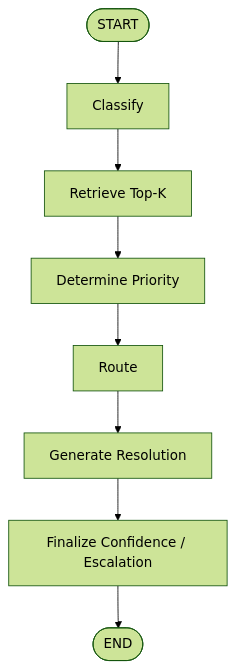
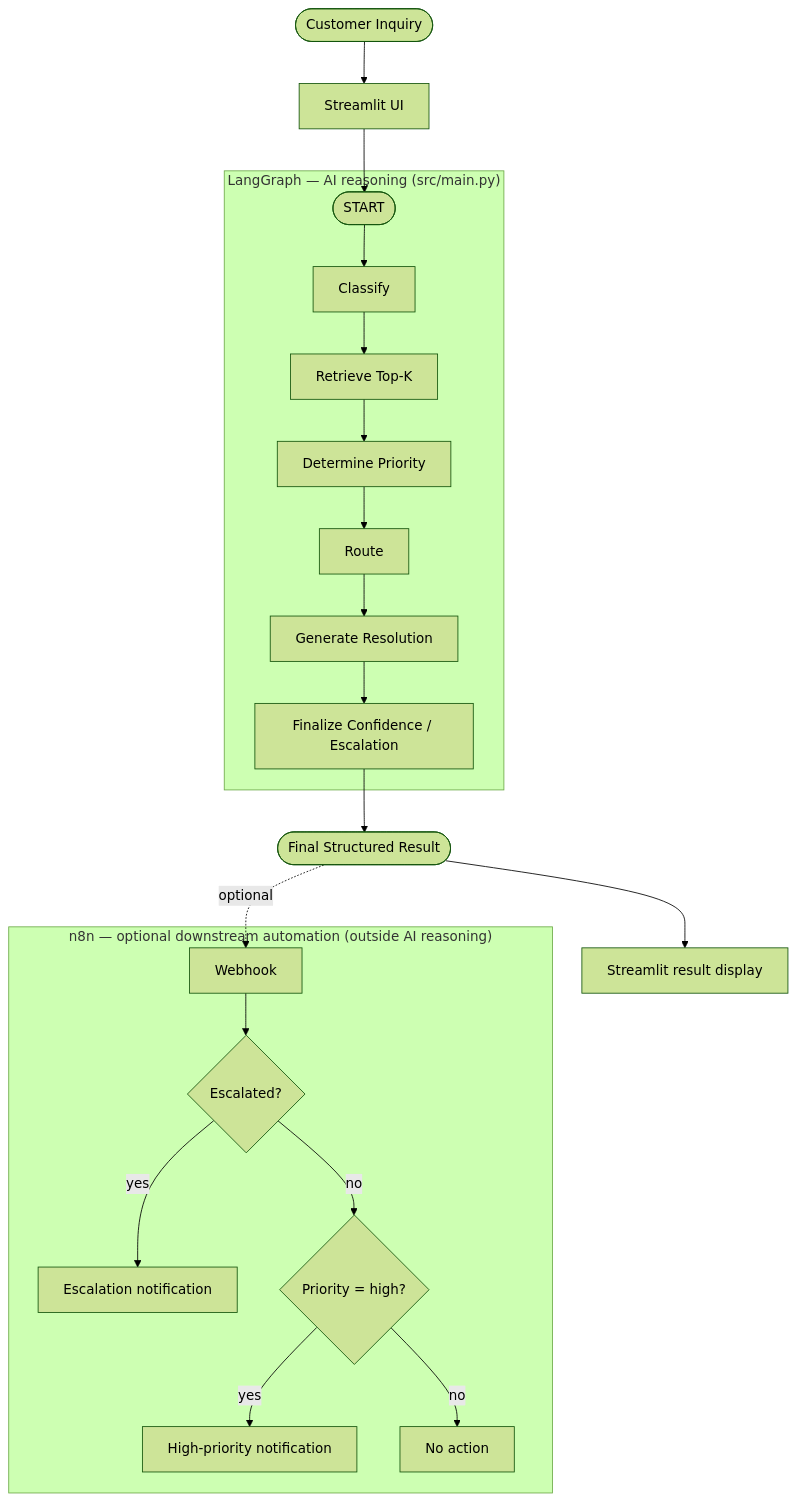
Before and after one commit to Namrath01/AI-Smart-Inquiry-Triage-Assistant: the diagram in README.md, drawn with Mermaid (forest theme). The commit also changed other lines of this file, not shown here.

Commit message:
Improve README architecture and design rationale

````diff
--- a/README.md
+++ b/README.md
@@ -35,10 +62,26 @@
 ```mermaid
 flowchart TD
-    START([START]) --> Classify
-    Classify --> Retrieve["Retrieve Top-K"]
-    Retrieve --> Priority["Determine Priority"]
-    Priority --> Route
-    Route --> Resolution["Generate Resolution"]
-    Resolution --> Finalize["Finalize Confidence / Escalation"]
-    Finalize --> END([END])
+    IN([Customer Inquiry]) --> UI[Streamlit UI]
+    UI --> LGSTART
+
+    subgraph LangGraph["LangGraph — AI reasoning (src/main.py)"]
+        LGSTART([START]) --> C[Classify]
+        C --> R["Retrieve Top-K"]
+        R --> P["Determine Priority"]
+        P --> RT[Route]
+        RT --> RES["Generate Resolution"]
+        RES --> FIN["Finalize Confidence / Escalation"]
+    end
+
+    FIN --> OUT(["Final Structured Result"])
+    OUT --> DISPLAY["Streamlit result display"]
+    OUT -. optional .-> WEBHOOK
+
+    subgraph N8N["n8n — optional downstream automation (outside AI reasoning)"]
+        WEBHOOK[Webhook] --> ESC{Escalated?}
+        ESC -->|yes| E1[Escalation notification]
+        ESC -->|no| PRI{"Priority = high?"}
+        PRI -->|yes| E2[High-priority notification]
+        PRI -->|no| E3[No action]
+    end
 ```
````
